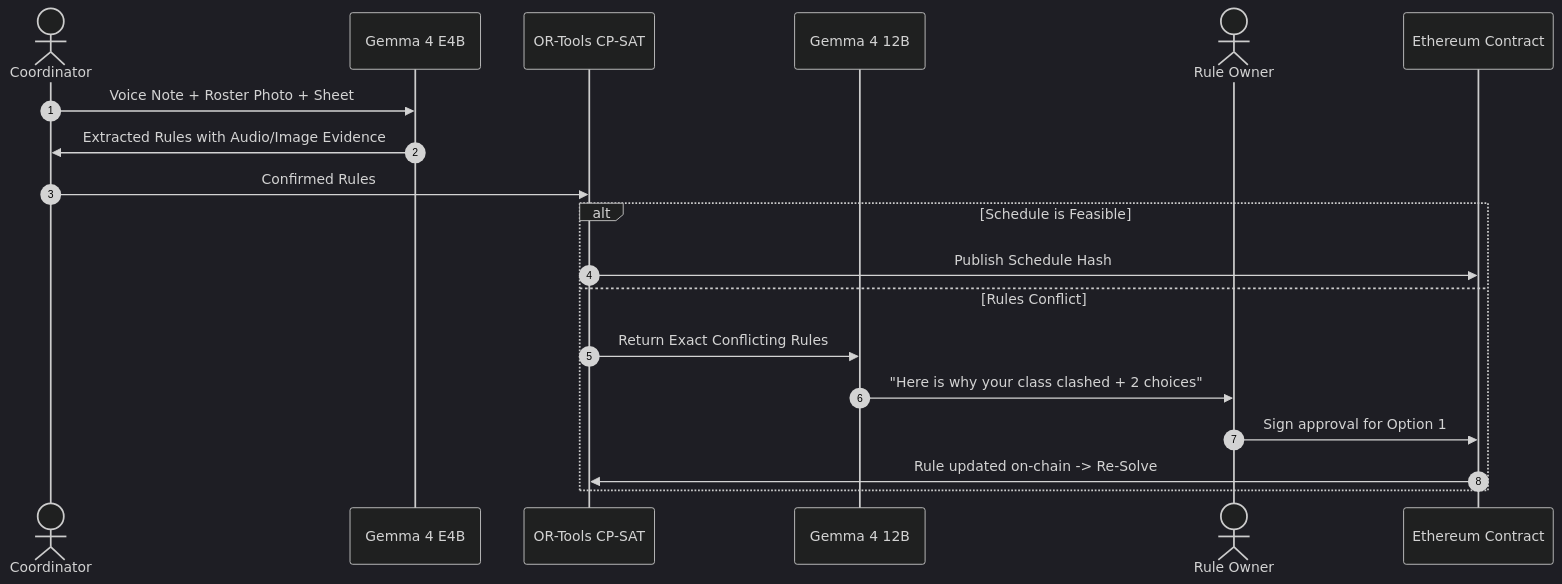
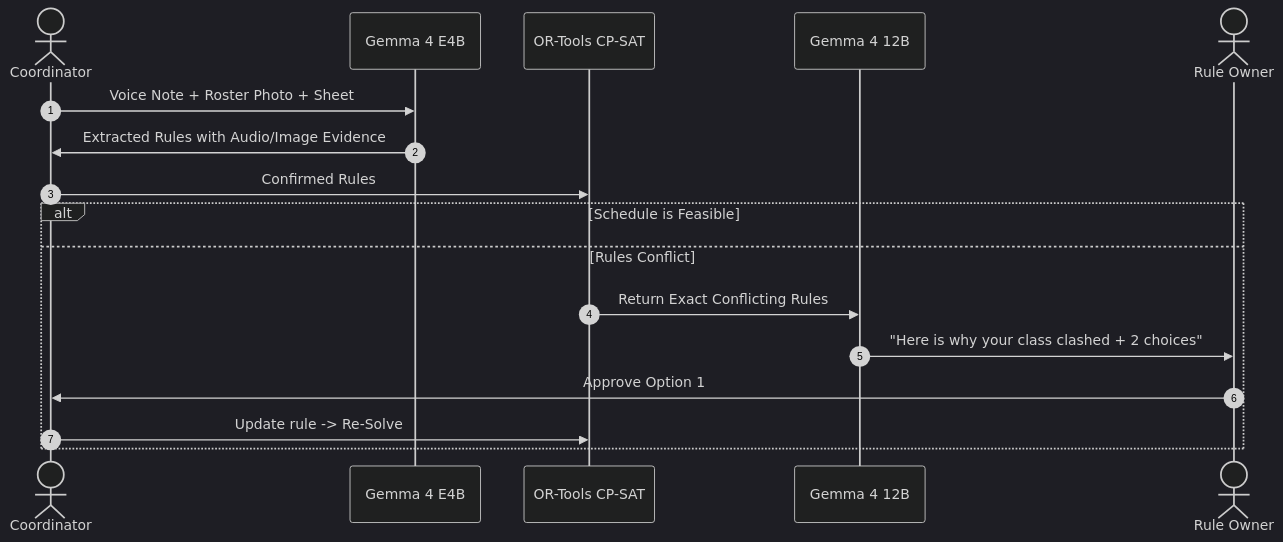
One commit to ANUJ760/PhishTank changed the fourth of 5 diagrams in README.md. Above: the diagram before and after it, drawn with Mermaid (dark theme). The commit also changed other lines of this file, not shown here.

````diff
--- a/README.md
+++ b/README.md
@@ -229,23 +221,21 @@
 ```mermaid
 sequenceDiagram
     autonumber
     actor Coordinator
     participant Gemma as Gemma 4 E4B
     participant Solver as OR-Tools CP-SAT
     participant Explainer as Gemma 4 12B
     actor Teacher as Rule Owner
-    participant Chain as Ethereum Contract
 
     Coordinator->>Gemma: Voice Note + Roster Photo + Sheet
     Gemma->>Coordinator: Extracted Rules with Audio/Image Evidence
     Coordinator->>Solver: Confirmed Rules
     
     alt Schedule is Feasible
-        Solver->>Chain: Publish Schedule Hash
     else Rules Conflict
         Solver->>Explainer: Return Exact Conflicting Rules
         Explainer->>Teacher: "Here is why your class clashed + 2 choices"
-        Teacher->>Chain: Sign approval for Option 1
-        Chain->>Solver: Rule updated on-chain -> Re-Solve
+        Teacher->>Coordinator: Approve Option 1
+        Coordinator->>Solver: Update rule -> Re-Solve
     end
 ```
````
